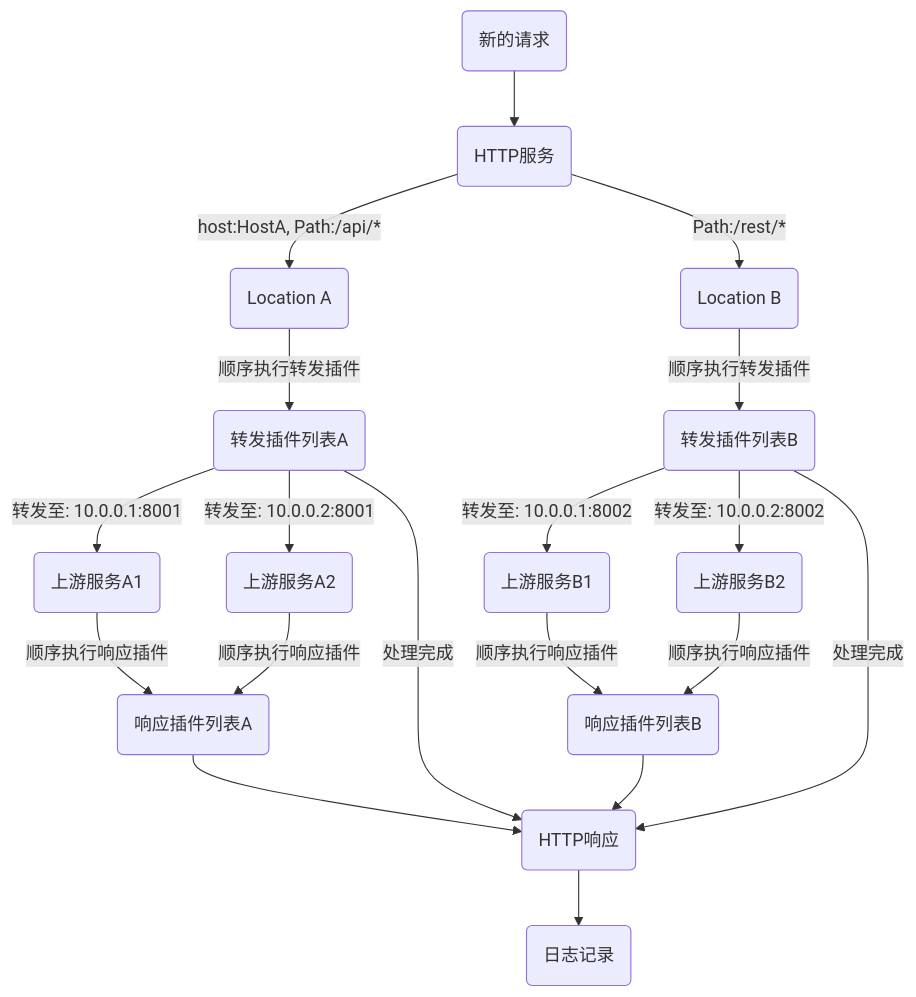
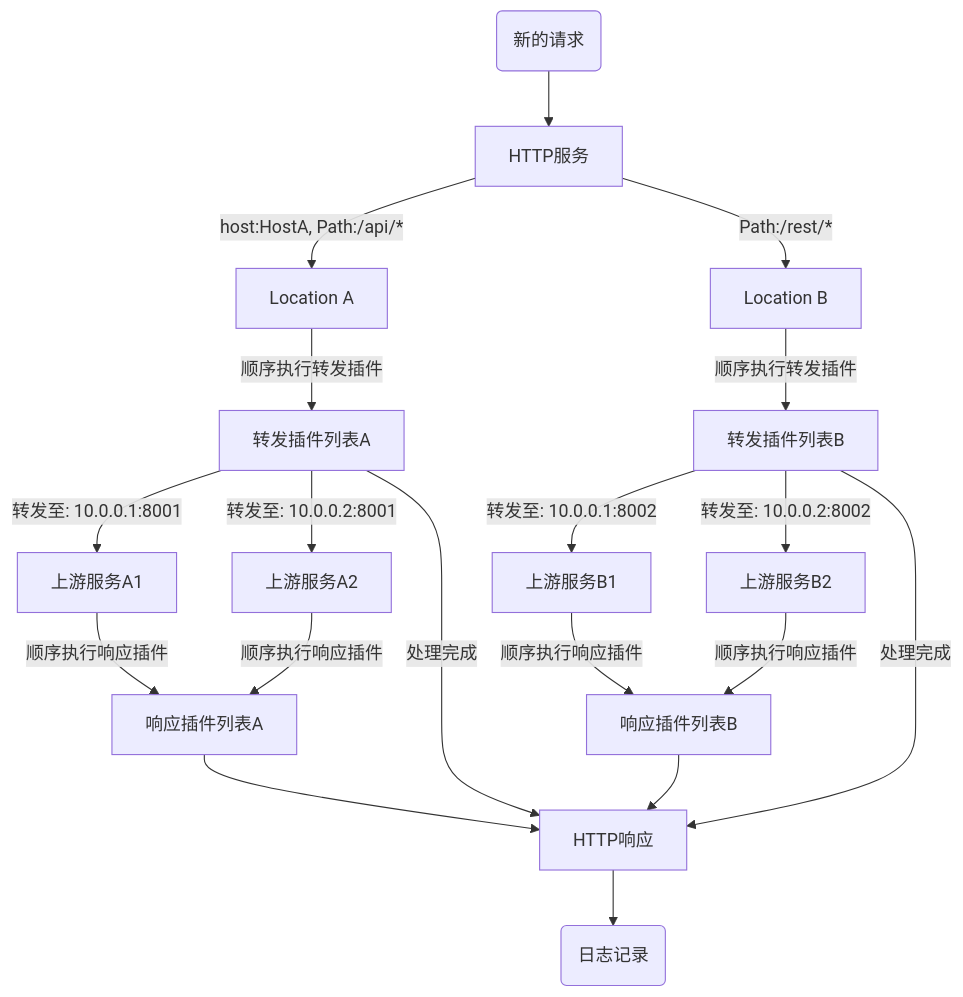
The diagram in README_zh.md (vicanso/pingap), drawn with Mermaid before and after one commit. The commit also changed 16 other files, not shown here.

````diff
--- a/README_zh.md
+++ b/README_zh.md
@@ -46,47 +46,47 @@
 ```mermaid
 graph TD;
-    server("HTTP服务");
-    locationA("Location A");
-    locationB("Location B");
-    locationPluginListA("转发插件列表A");
-    locationPluginListB("转发插件列表B");
-    upstreamA1("上游服务A1");
-    upstreamA2("上游服务A2");
-    upstreamB1("上游服务B1");
-    upstreamB2("上游服务B2");
-    locationResponsePluginListA("响应插件列表A");
-    locationResponsePluginListB("响应插件列表B");
+    server["HTTP服务"];
+    locationA["Location A"];
+    locationB["Location B"];
+    locationPluginListA["转发插件列表A"];
+    locationPluginListB["转发插件列表B"];
+    upstreamA1["上游服务A1"];
+    upstreamA2["上游服务A2"];
+    upstreamB1["上游服务B1"];
+    upstreamB2["上游服务B2"];
+    locationResponsePluginListA["响应插件列表A"];
+    locationResponsePluginListB["响应插件列表B"];
 
     start("新的请求") --> server
 
     server -- "host:HostA, Path:/api/*" --> locationA
 
     server -- "Path:/rest/*"--> locationB
 
     locationA -- "顺序执行转发插件" --> locationPluginListA
 
     locationB -- "顺序执行转发插件" --> locationPluginListB
 
     locationPluginListA -- "转发至: 10.0.0.1:8001" --> upstreamA1
 
     locationPluginListA -- "转发至: 10.0.0.2:8001" --> upstreamA2
 
     locationPluginListA -- "处理完成" --> response
 
     locationPluginListB -- "转发至: 10.0.0.1:8002" --> upstreamB1
 
     locationPluginListB -- "转发至: 10.0.0.2:8002" --> upstreamB2
 
     locationPluginListB -- "处理完成" --> response
 
     upstreamA1 -- "顺序执行响应插件" --> locationResponsePluginListA
     upstreamA2 -- "顺序执行响应插件" --> locationResponsePluginListA
 
     upstreamB1 -- "顺序执行响应插件" --> locationResponsePluginListB
     upstreamB2 -- "顺序执行响应插件" --> locationResponsePluginListB
 
     locationResponsePluginListA --> response
     locationResponsePluginListB --> response
 
-    response("HTTP响应") --> stop("日志记录");
+    response["HTTP响应"] --> stop("日志记录");
 ```
````
